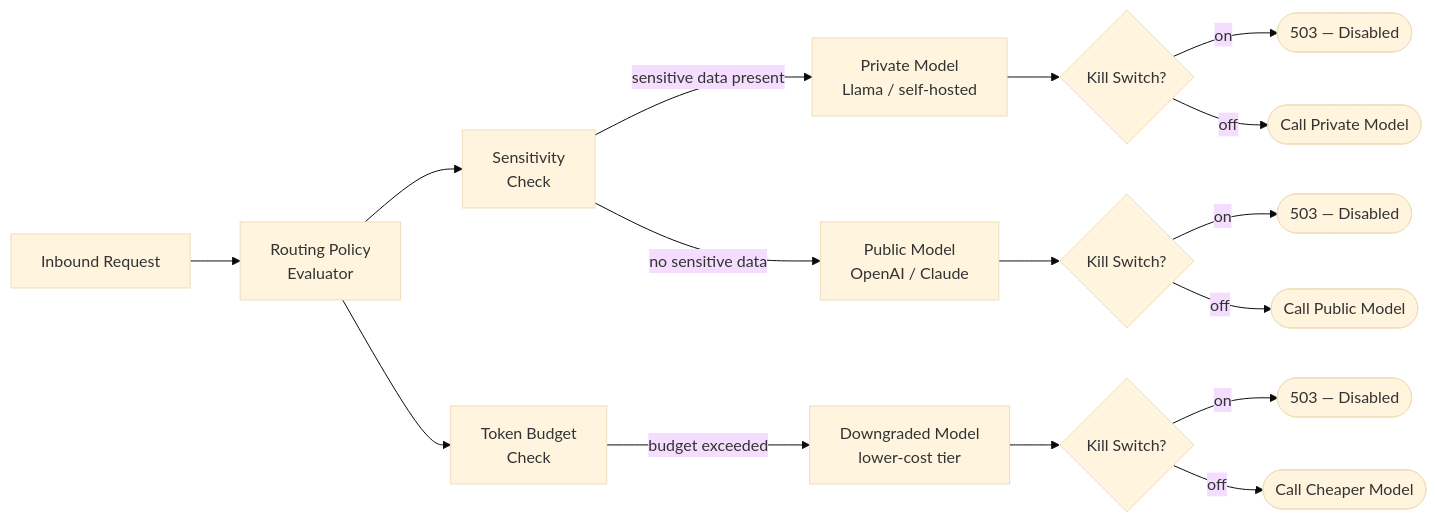
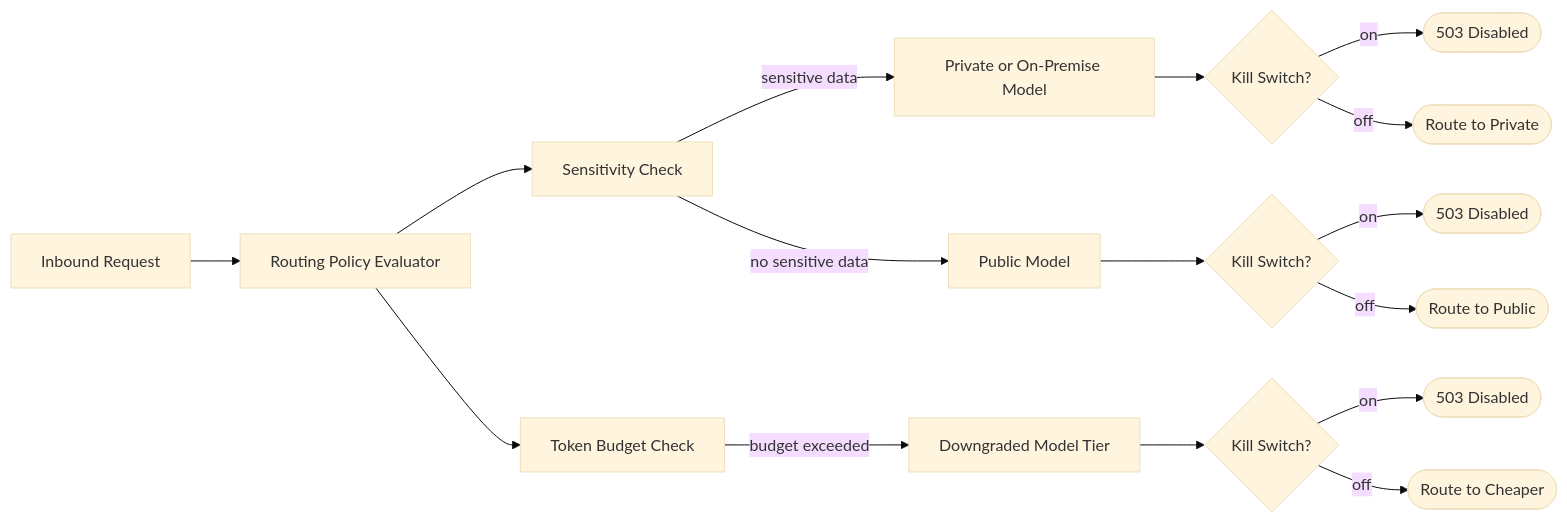
Before and after one commit to vartulzeroshieldai/AIMeshFirewall: the sixth of 7 diagrams in README.md, drawn with Mermaid (base theme). The commit also changed other lines of this file, not shown here.

````diff
--- a/README.md
+++ b/README.md
@@ -409,24 +363,18 @@
 ```mermaid
-flowchart LR
-    inbound["Inbound Request"] --> routingPolicy["Routing Policy<br/>Evaluator"]
-
-    routingPolicy --> piiCheck["Sensitivity<br/>Check"]
-    routingPolicy --> budgetCheck["Token Budget<br/>Check"]
-
-    piiCheck -->|"sensitive data present"| modelPrivate["Private Model<br/>Llama / self-hosted"]
-    piiCheck -->|"no sensitive data"| modelPublic["Public Model<br/>OpenAI / Claude"]
-    budgetCheck -->|"budget exceeded"| modelCheaper["Downgraded Model<br/>lower-cost tier"]
-
-    modelPrivate --> ksPrivate{"Kill Switch?"}
-    modelPublic --> ksPublic{"Kill Switch?"}
-    modelCheaper --> ksCheaper{"Kill Switch?"}
-
-    ksPrivate -->|"on"| f503a(["503 — Disabled"])
-    ksPrivate -->|"off"| callPrivate(["Call Private Model"])
-
-    ksPublic -->|"on"| f503b(["503 — Disabled"])
-    ksPublic -->|"off"| callPublic(["Call Public Model"])
-
-    ksCheaper -->|"on"| f503c(["503 — Disabled"])
-    ksCheaper -->|"off"| callCheaper(["Call Cheaper Model"])
+graph LR
+    Req[Inbound Request] --> Router[Routing Policy Evaluator]
+    Router --> SensCheck[Sensitivity Check]
+    Router --> BudgetCheck[Token Budget Check]
+    SensCheck -- sensitive data --> PrivateModel[Private or On-Premise Model]
+    SensCheck -- no sensitive data --> PublicModel[Public Model]
+    BudgetCheck -- budget exceeded --> CheaperModel[Downgraded Model Tier]
+    PrivateModel --> KS1{Kill Switch?}
+    PublicModel --> KS2{Kill Switch?}
+    CheaperModel --> KS3{Kill Switch?}
+    KS1 -- on --> E1([503 Disabled])
+    KS1 -- off --> R1([Route to Private])
+    KS2 -- on --> E2([503 Disabled])
+    KS2 -- off --> R2([Route to Public])
+    KS3 -- on --> E3([503 Disabled])
+    KS3 -- off --> R3([Route to Cheaper])
 ```
````
